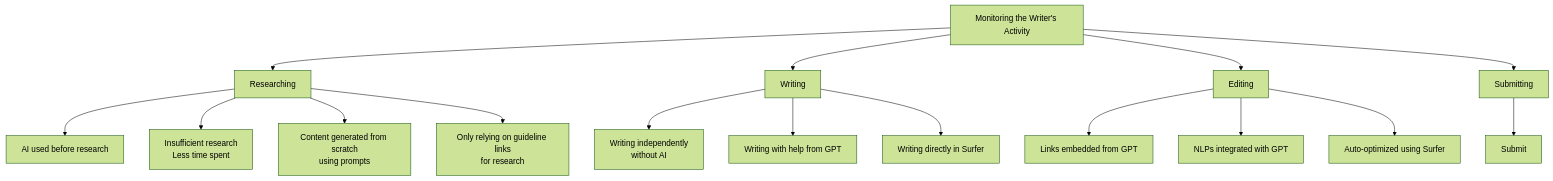
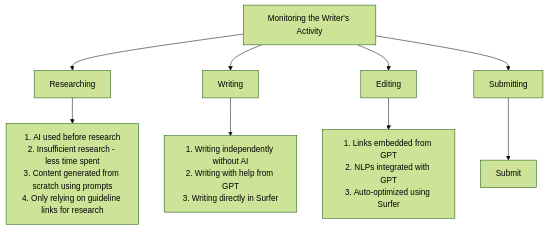
Before and after one commit to bit-legion/punishment-GITHUB-workflow: the diagram in github-workflow.md, drawn with Mermaid (forest theme).

````diff
--- a/github-workflow.md
+++ b/github-workflow.md
@@ -19,28 +19,22 @@
 ```mermaid
 flowchart TD
     B[Monitoring the Writer's Activity]
 
     B --> R[Researching]
     B --> W[Writing]
     B --> E[Editing]
     B --> S[Submitting]
 
-    %% Researching
-    R --> R1[AI used before research]
-    R --> R2[Insufficient research<br/>Less time spent]
-    R --> R3[Content generated from scratch<br/>using prompts]
-    R --> R4[Only relying on guideline links<br/>for research]
+    %% Researching - listicle style
+    R --> RList["1. AI used before research<br/>2. Insufficient research - less time spent<br/>3. Content generated from scratch using prompts<br/>4. Only relying on guideline links for research"]
 
-    %% Writing
-    W --> W1[Writing independently<br/>without AI]
-    W --> W2[Writing with help from GPT]
-    W --> W3[Writing directly in Surfer]
+    %% Writing - listicle style
+    W --> WList["1. Writing independently without AI<br/>2. Writing with help from GPT<br/>3. Writing directly in Surfer"]
 
-    %% Editing
-    E --> E1[Links embedded from GPT]
-    E --> E2[NLPs integrated with GPT]
-    E --> E3[Auto-optimized using Surfer]
+    %% Editing - listicle style
+    E --> EList["1. Links embedded from GPT<br/>2. NLPs integrated with GPT<br/>3. Auto-optimized using Surfer"]
 
     %% Submitting
     S --> F[Submit]
+
 ```
````
